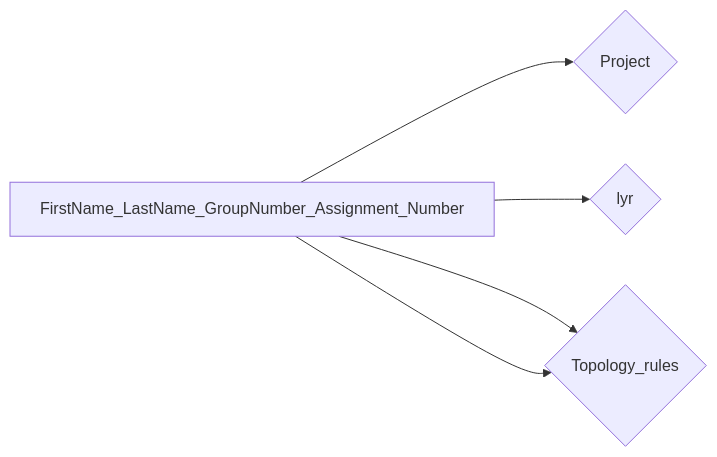
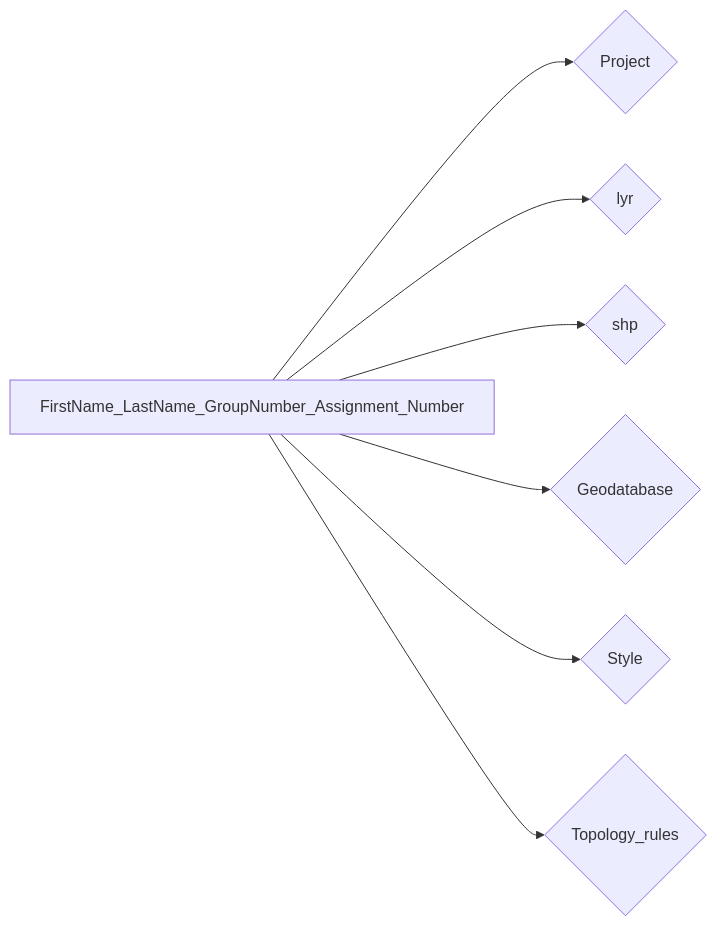
The diagram in docs/ICS_GIS/Lab/Topology.md (ezdanapak/GTU-GIS), drawn with Mermaid before and after one commit. The commit also changed other lines of this file, not shown here.

````diff
--- a/docs/ICS_GIS/Lab/Topology.md
+++ b/docs/ICS_GIS/Lab/Topology.md
@@ -64,7 +64,9 @@
 ``` mermaid
 graph LR
   A[FirstName_LastName_GroupNumber_Assignment_Number] --> B{Project};
   A[FirstName_LastName_GroupNumber_Assignment_Number] --> C{lyr};
   A[FirstName_LastName_GroupNumber_Assignment_Number] --> D{shp};
-  A[FirstName_LastName_GroupNumber_Assignment_Number] --> D{Topology_rules};
+  A[FirstName_LastName_GroupNumber_Assignment_Number] --> E{Geodatabase};
+  A[FirstName_LastName_GroupNumber_Assignment_Number] --> F{Style};
+  A[FirstName_LastName_GroupNumber_Assignment_Number] --> G{Topology_rules};
 ```
````
